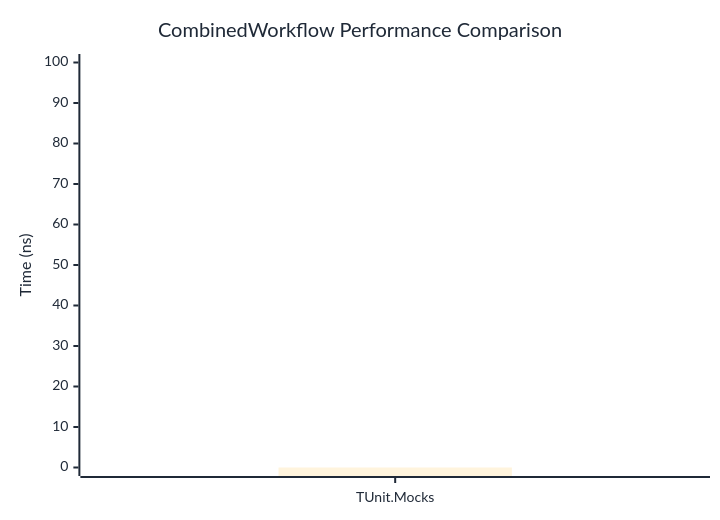
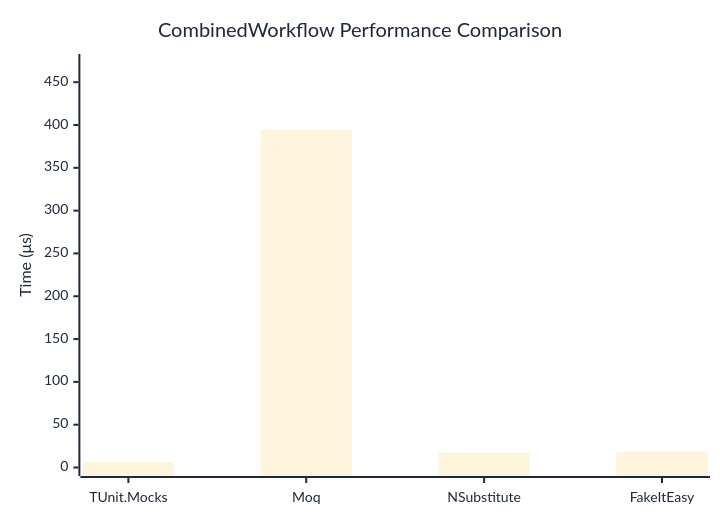
One commit to thomhurst/TUnit changed the diagram in docs/docs/benchmarks/mocks/CombinedWorkflow.md. Above: the diagram before and after it, drawn with Mermaid. The commit also changed other lines of this file and 13 other files, not shown here.

````diff
--- a/docs/docs/benchmarks/mocks/CombinedWorkflow.md
+++ b/docs/docs/benchmarks/mocks/CombinedWorkflow.md
@@ -25,27 +28,27 @@
 ```mermaid
 %%{init: {
   'theme':'base',
   'themeVariables': {
     'primaryColor': '#2563eb',
     'primaryTextColor': '#1f2937',
     'primaryBorderColor': '#1e40af',
     'lineColor': '#6b7280',
     'secondaryColor': '#7c3aed',
     'tertiaryColor': '#dc2626',
     'background': '#ffffff',
     'pie1': '#2563eb',
     'pie2': '#7c3aed',
     'pie3': '#dc2626',
     'pie4': '#f59e0b',
     'pie5': '#10b981',
     'pie6': '#06b6d4',
     'pie7': '#ec4899',
     'pie8': '#6366f1'
   }
 }}%%
 xychart-beta
   title "CombinedWorkflow Performance Comparison"
-  x-axis ["TUnit.Mocks"]
-  y-axis "Time (ns)" 0 --> 100
-  bar [0]
+  x-axis ["TUnit.Mocks", "Moq", "NSubstitute", "FakeItEasy"]
+  y-axis "Time (μs)" 0 --> 473
+  bar [6.513, 394.164, 17.171, 18.689]
 ```
````
